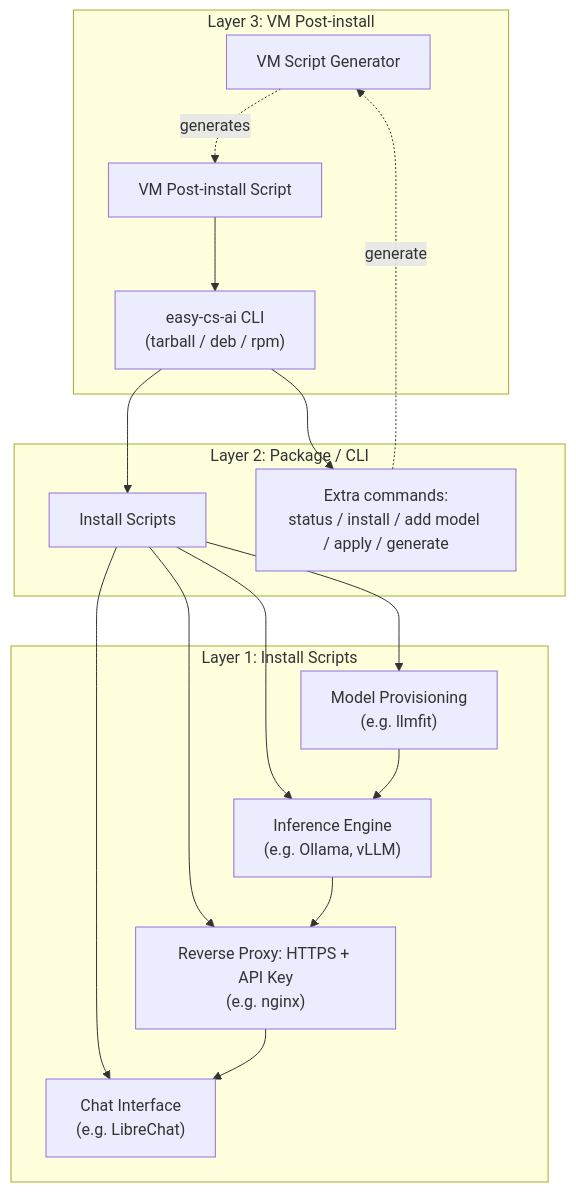
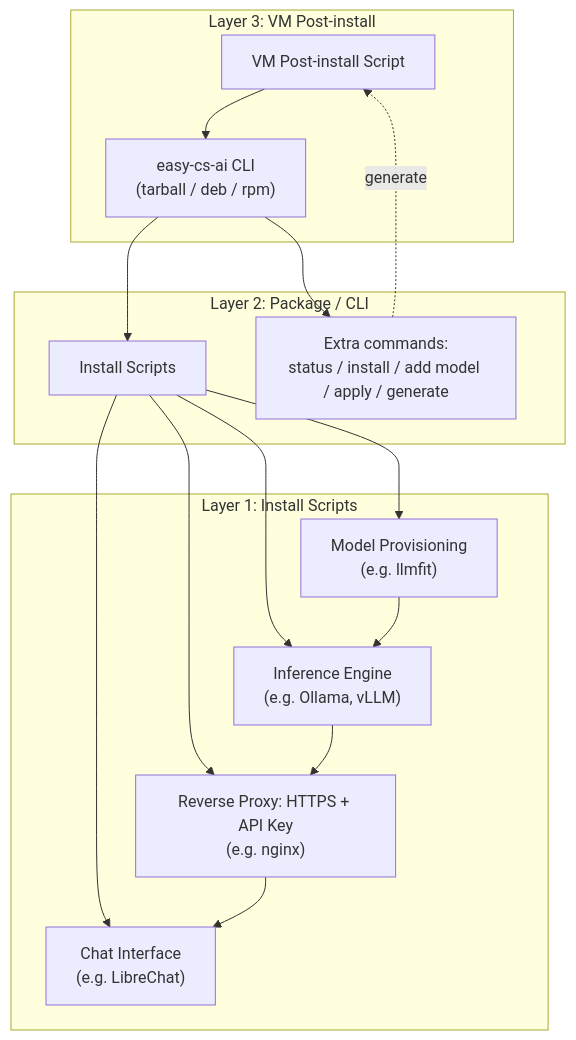
One commit to Dimsi-BS/easy-cs-ai changed the diagram in README.md. Above: the diagram before and after it, drawn with Mermaid. The commit also changed other lines of this file, not shown here.

Commit message:
Credit the integrated tools in the README and drop the VM Script Generator block from the architecture diagram
The generator is reached through the generate command of the CLI, so the diagram now links that command to the VM post-install script.

````diff
--- a/README.md
+++ b/README.md
@@ -66,22 +66,21 @@
 ```mermaid
 graph TD
     subgraph L3["Layer 3: VM Post-install"]
-        VMGen["VM Script Generator"] -.generates.-> VM["VM Post-install Script"]
-        VM --> PKG
+        VM["VM Post-install Script"] --> PKG
     end
     subgraph L2["Layer 2: Package / CLI"]
         PKG["easy-cs-ai CLI\n(tarball / deb / rpm)"] --> IS
         PKG --> Extra["Extra commands:\nstatus / install / add model / apply / generate"]
-        Extra -.generate.-> VMGen
+        Extra -.generate.-> VM
     end
     subgraph L1["Layer 1: Install Scripts"]
         IS["Install Scripts"]
         IS --> Engine
         IS --> Provisioning
         IS --> Proxy
         IS --> Chat
     end
     Engine["Inference Engine\n(e.g. Ollama, vLLM)"] --> Proxy
     Proxy["Reverse Proxy: HTTPS + API Key\n(e.g. nginx)"] --> Chat["Chat Interface\n(e.g. LibreChat)"]
     Provisioning["Model Provisioning\n(e.g. llmfit)"] --> Engine
 ```
````
